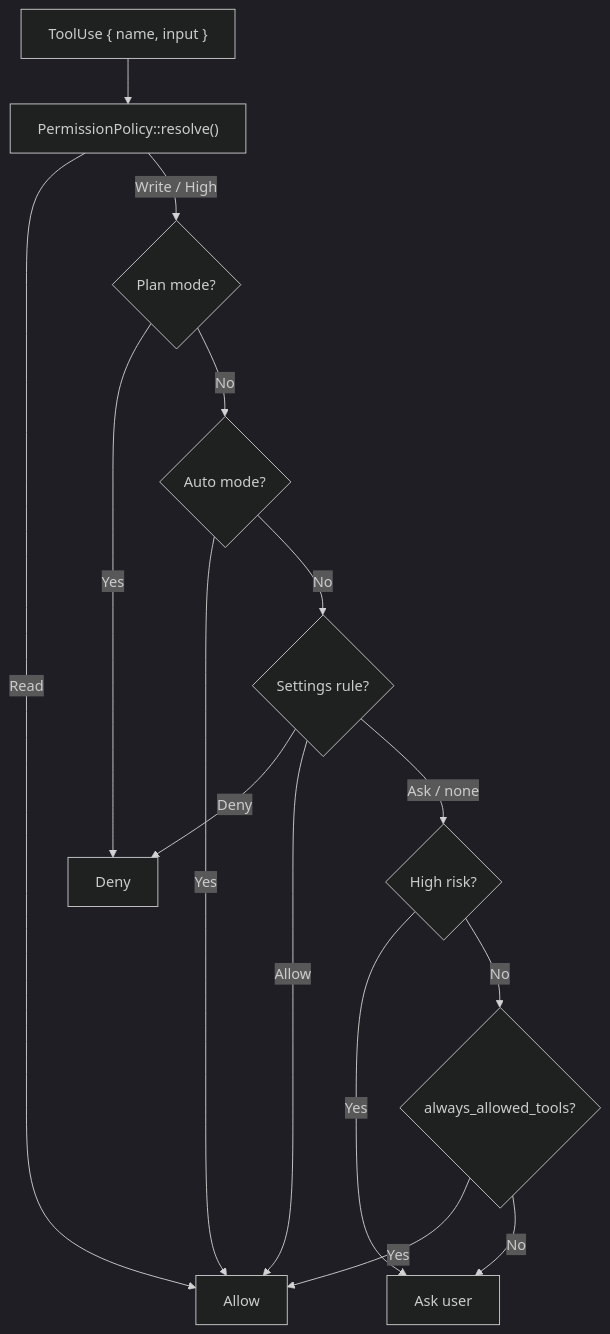
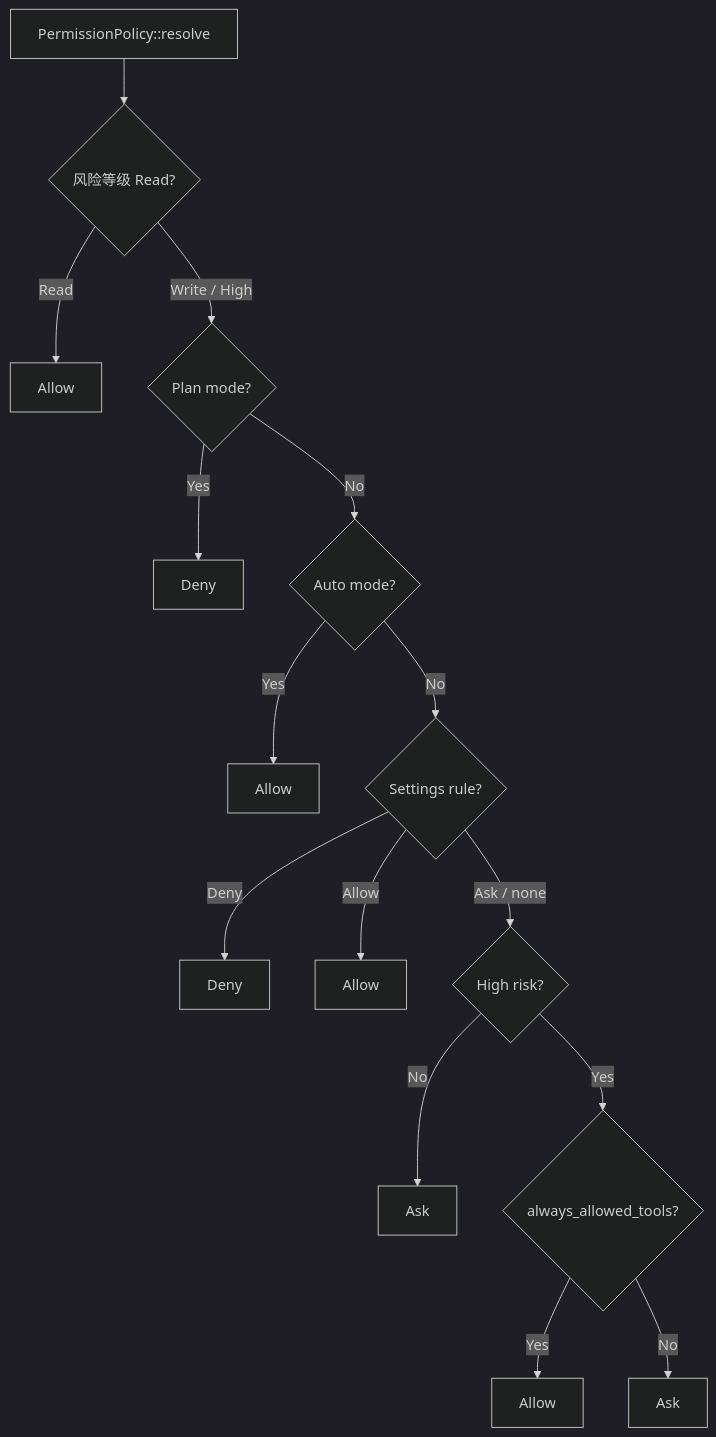
One commit to rust-infra/tact changed the first of 5 diagrams in book/10_chapter_permission_zh.md. Above: the diagram before and after it, drawn with Mermaid (dark theme). The commit also changed other lines of this file and 303 other files, not shown here.

````diff
--- a/book/10_chapter_permission_zh.md
+++ b/book/10_chapter_permission_zh.md
@@ -143,22 +144,17 @@
 ```mermaid
-flowchart TD
-    TC["ToolUse { name, input }"] --> Risk["PermissionPolicy::resolve()"]
-    Risk -- Read --> Allow["Allow"]
-    Risk -- Write / High --> Plan{"Plan mode?"}
-
-    Plan -- Yes --> Deny["Deny"]
-    Plan -- No --> Auto{"Auto mode?"}
-
-    Auto -- Yes --> Allow
-    Auto -- No --> Settings{"Settings rule?"}
-
-    Settings -- Deny --> Deny
-    Settings -- Allow --> Allow
-    Settings -- Ask / none --> High{"High risk?"}
-
-    High -- Yes --> Ask["Ask user"]
-    High -- No --> AllowList{"always_allowed_tools?"}
-
-    AllowList -- Yes --> Allow
-    AllowList -- No --> Ask
+graph TD
+    a_risk[PermissionPolicy::resolve] --> b_risk{风险等级 Read?}
+    b_risk -->|Read| o1[Allow]
+    b_risk -->|Write / High| c_plan{Plan mode?}
+    c_plan -->|Yes| o2[Deny]
+    c_plan -->|No| d_auto{Auto mode?}
+    d_auto -->|Yes| o3[Allow]
+    d_auto -->|No| e_settings{Settings rule?}
+    e_settings -->|Deny| o4[Deny]
+    e_settings -->|Allow| o5[Allow]
+    e_settings -->|Ask / none| f_high{High risk?}
+    f_high -->|No| o6[Ask]
+    f_high -->|Yes| g_list{always_allowed_tools?}
+    g_list -->|Yes| o7[Allow]
+    g_list -->|No| o8[Ask]
 ```
````
